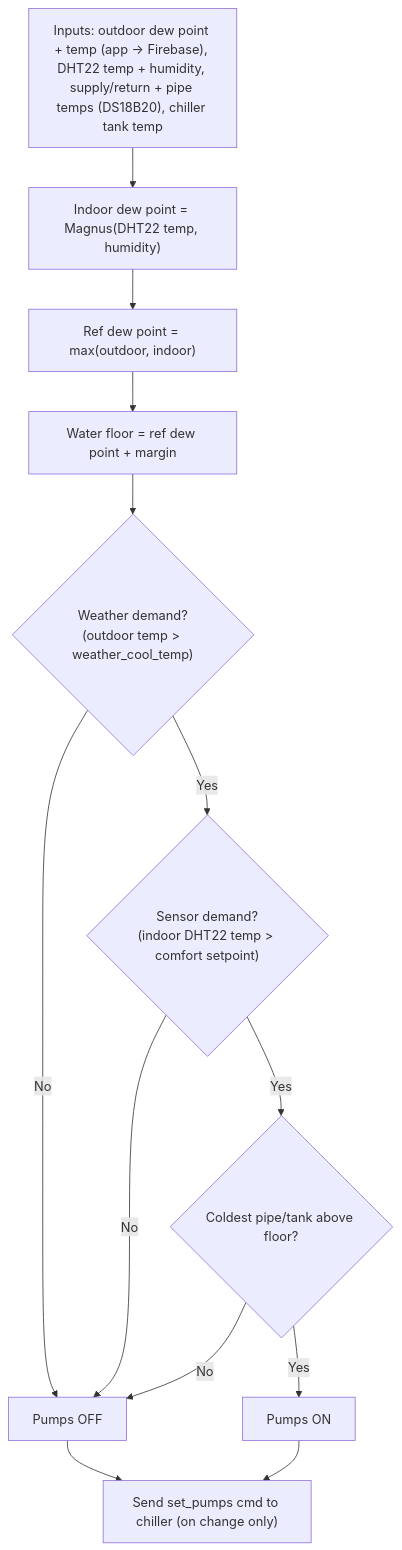
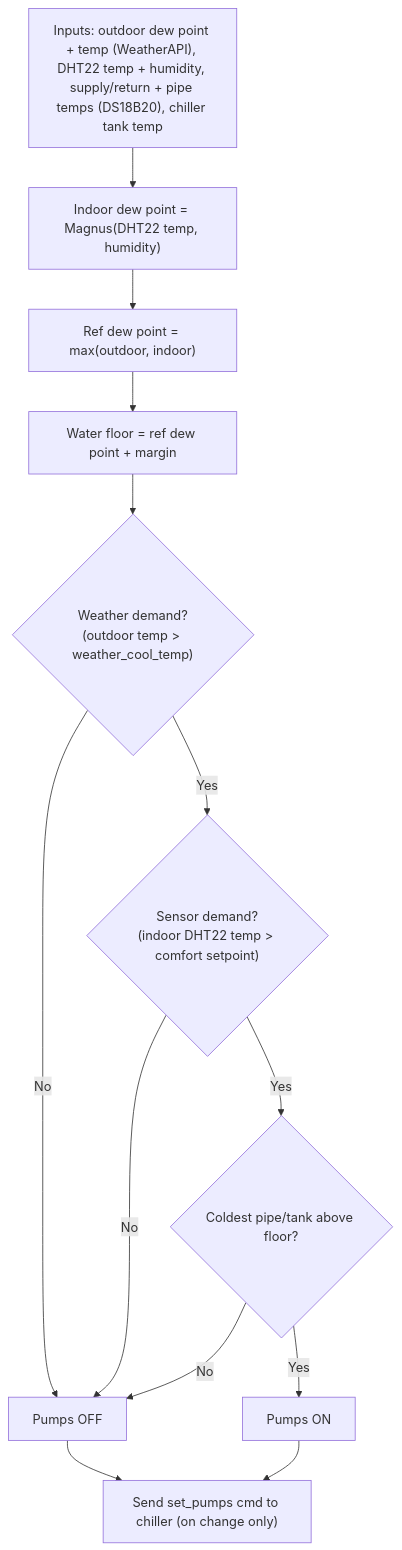
The third of 4 diagrams in docs/diagrams/flow-chart.md (qppd/radiant-cooling), drawn with Mermaid before and after one commit. The commit also changed other lines of this file and 20 other files, not shown here.

Commit message:
Invert weather design: ESP32 fetches weather, app only manages the API key

````diff
--- a/docs/diagrams/flow-chart.md
+++ b/docs/diagrams/flow-chart.md
@@ -55,16 +55,16 @@
 ```mermaid
 flowchart TD
-    A["Inputs: outdoor dew point + temp (app → Firebase), DHT22 temp + humidity, supply/return + pipe temps (DS18B20), chiller tank temp"]
+    A["Inputs: outdoor dew point + temp (WeatherAPI), DHT22 temp + humidity, supply/return + pipe temps (DS18B20), chiller tank temp"]
     A --> B["Indoor dew point = Magnus(DHT22 temp, humidity)"]
     B --> C["Ref dew point = max(outdoor, indoor)"]
     C --> D["Water floor = ref dew point + margin"]
     D --> E{"Weather demand?<br/>(outdoor temp &gt; weather_cool_temp)"}
     E -->|Yes| F{"Sensor demand?<br/>(indoor DHT22 temp &gt; comfort setpoint)"}
     E -->|No| G["Pumps OFF"]
     F -->|Yes| H{"Coldest pipe/tank above floor?"}
     F -->|No| G
     H -->|Yes| I["Pumps ON"]
     H -->|No| G
     G --> J["Send set_pumps cmd to chiller (on change only)"]
     I --> J
 ```
````
